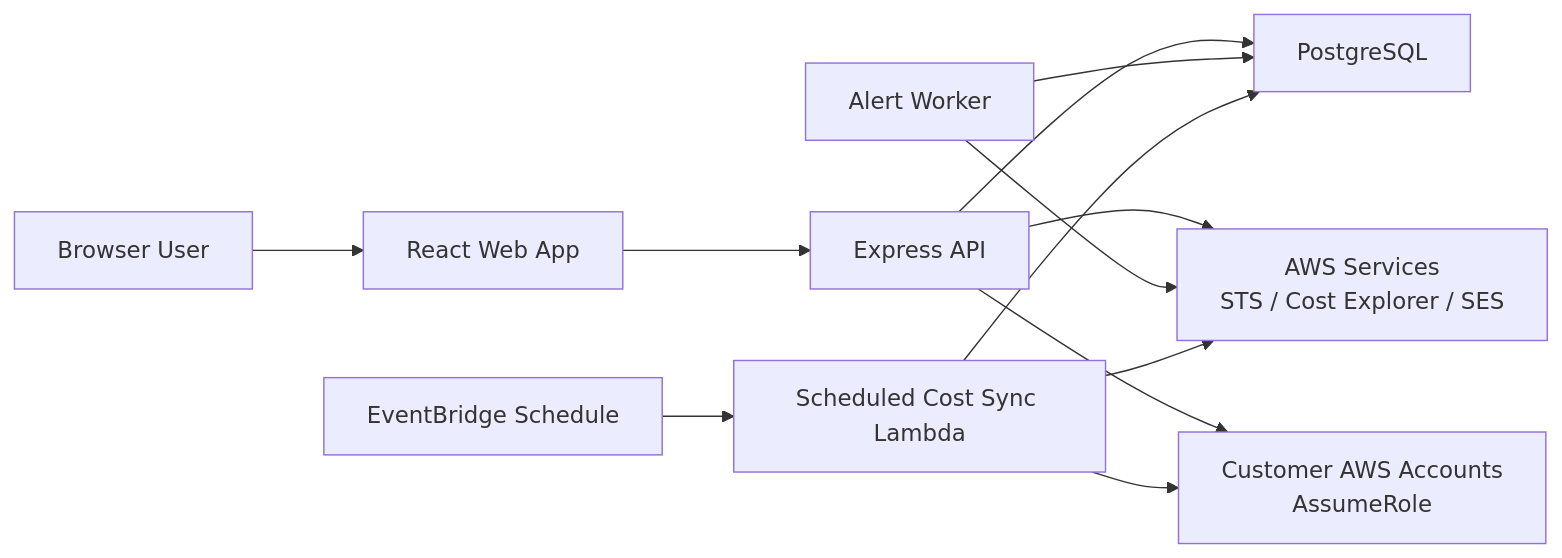
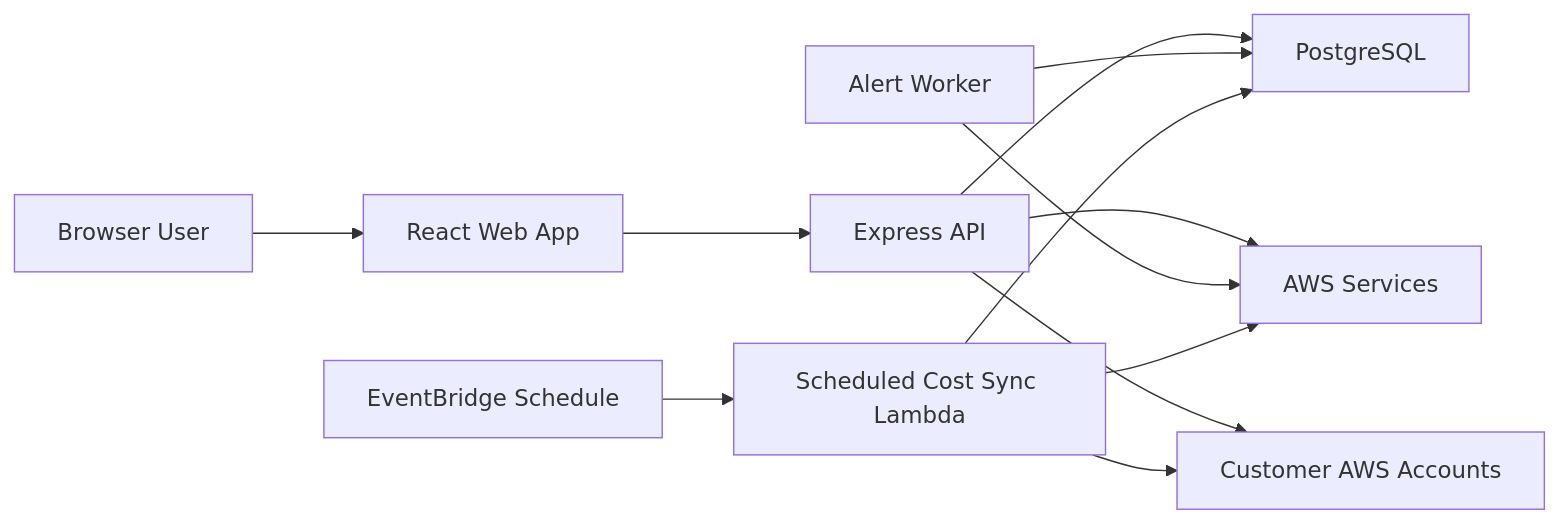
The diagram in README.md (md-dev970/underflow), drawn with Mermaid before and after one commit. The commit also changed other lines of this file and 2 other files, not shown here.

Commit message:
docs: Add screenshot + fix architecture diagram

````diff
--- a/README.md
+++ b/README.md
@@ -47,14 +49,14 @@
 ```mermaid
 flowchart LR
     User["Browser User"] --> Web["React Web App"]
     Web --> API["Express API"]
     API --> DB["PostgreSQL"]
-    API --> AWS["AWS Services<br/>STS / Cost Explorer / SES"]
+    API --> AWS["AWS Services"]
     Worker["Alert Worker"] --> DB
     Worker --> AWS
     Schedule["EventBridge Schedule"] --> Sync["Scheduled Cost Sync Lambda"]
     Sync --> DB
     Sync --> AWS
-    API --> Customer["Customer AWS Accounts<br/>AssumeRole"]
+    API --> Customer["Customer AWS Accounts"]
     Sync --> Customer
 ```
````
